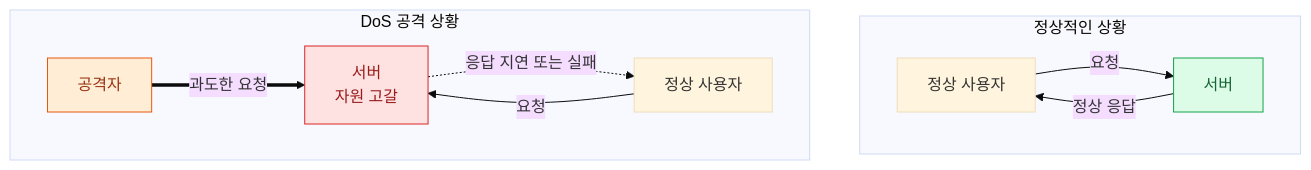
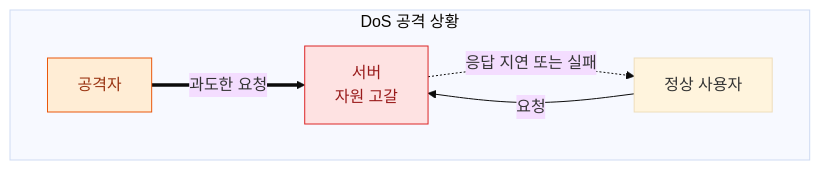
One commit to sanghoon-lee/sanghoon-lee.github.io changed the second of 2 diagrams in _posts/2026-10-20-dos1.md. Above: the diagram before and after it, drawn with Mermaid (base theme).

Commit message:
dos 첫번째 포스팅 추가

````diff
--- a/_posts/2026-10-20-dos1.md
+++ b/_posts/2026-10-20-dos1.md
@@ -36,21 +48,14 @@
 ```mermaid
 
 flowchart TB
-    subgraph NORMAL["정상적인 상황"]
-        direction LR
-        U1["정상 사용자"] -->|"요청"| S1["서버"]
-        S1 -->|"정상 응답"| U1
-    end
-
     subgraph ATTACK["DoS 공격 상황"]
         direction LR
         A["공격자"] ==>|"과도한 요청"| S2["서버<br/>자원 고갈"]
         U2["정상 사용자"] -->|"요청"| S2
         S2 -.->|"응답 지연 또는 실패"| U2
     end
 
-    style S1 fill:#dcfce7,stroke:#16a34a,color:#166534
     style S2 fill:#fee2e2,stroke:#dc2626,color:#991b1b
     style A fill:#ffedd5,stroke:#ea580c,color:#9a3412
 
 ```
````
